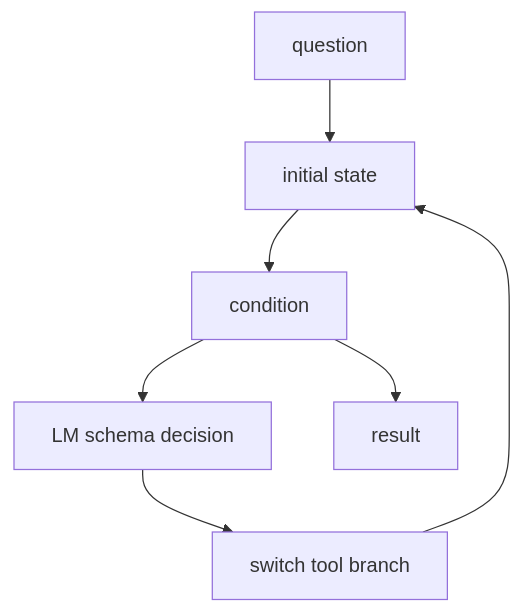
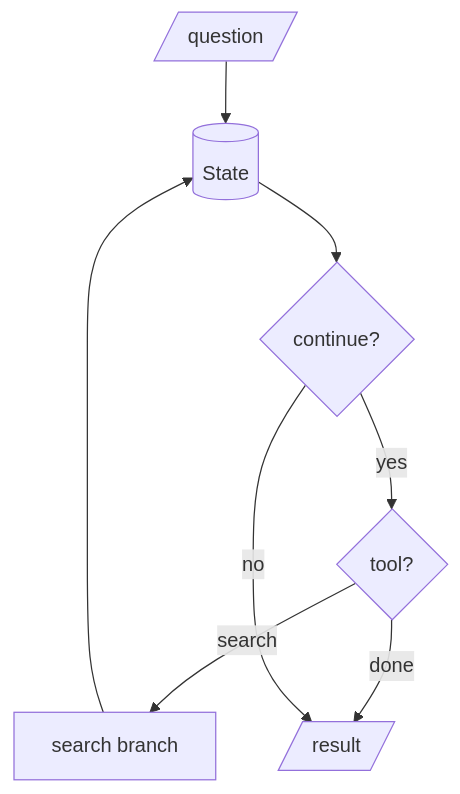
The second of 2 diagrams in README.md (ASEM000/autoform), drawn with Mermaid before and after one commit. The commit also changed other lines of this file and 4 other files, not shown here.

Commit message:
docs: improve mermaid

````diff
--- a/README.md
+++ b/README.md
@@ -174,9 +174,10 @@
 ```mermaid
 flowchart TD
-    question["question"] --> state["initial state"]
-    state --> condition["condition"]
-    condition --> decision["LM schema decision"]
-    decision --> tool["switch tool branch"]
+    question[/question/] --> state[(State)]
+    state --> condition{"continue?"}
+    condition -- yes --> decision{"tool?"}
+    decision -- search --> tool["search branch"]
     tool --> state
-    condition --> result["result"]
+    decision -- done --> result[/result/]
+    condition -- no --> result
 ```
````
